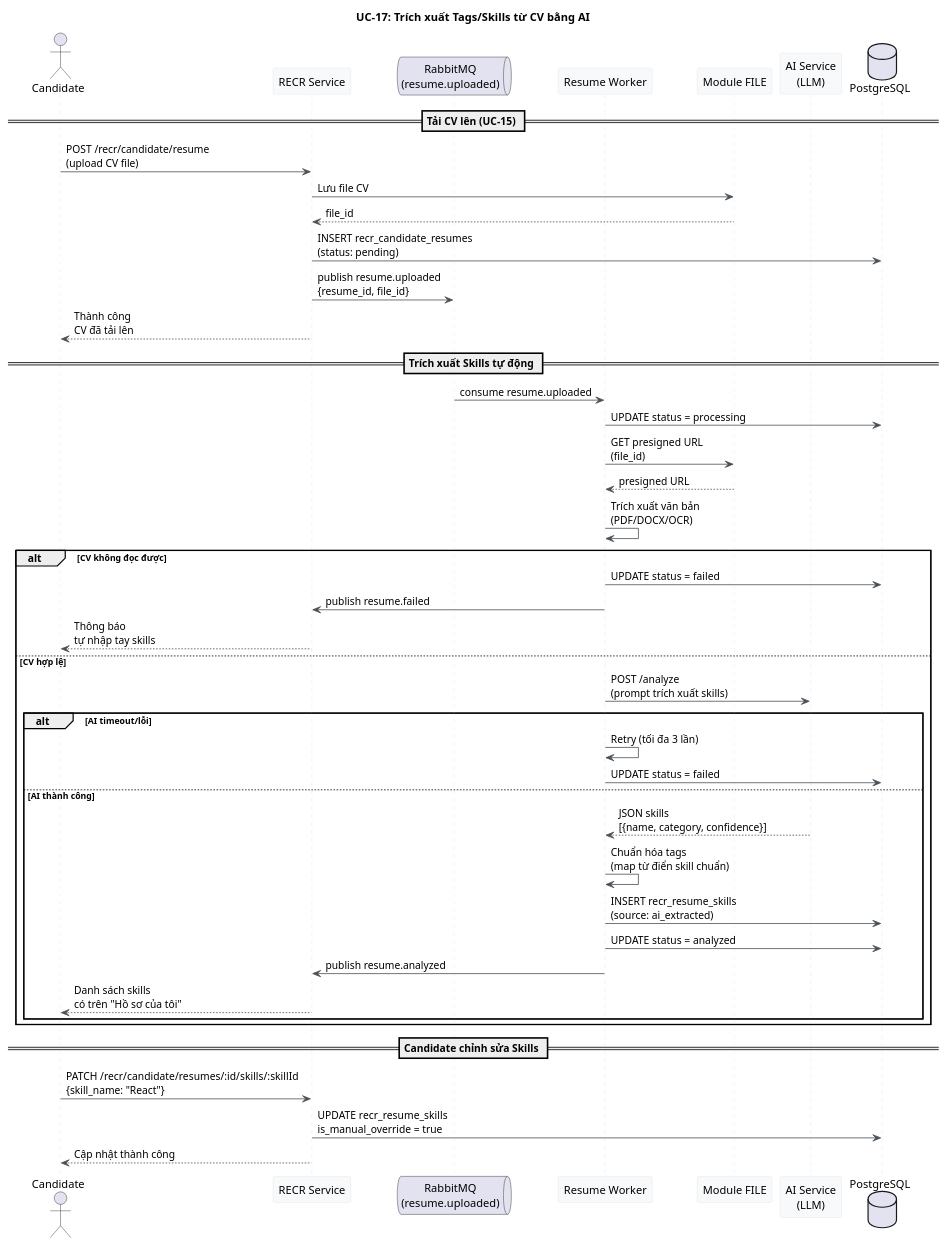
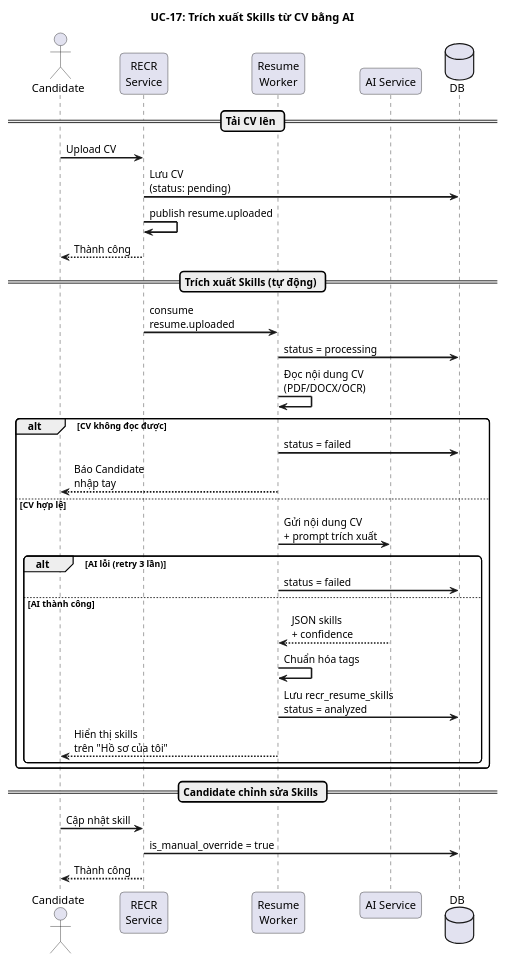
One commit to namnh240795/document changed the diagram in modules/recr/diagrams/sequence/uc17-resume-skill-extraction-sequence.puml. Above: the diagram before and after it, drawn with PlantUML. The commit also changed 1 other file, not shown here.

Commit message:
refactor(recr): simplify UC-17 sequence diagram
- Reduce participants from 7 to 5
- Simplify labels and flow
- Cleaner visual layout

```diff
--- a/modules/recr/diagrams/sequence/uc17-resume-skill-extraction-sequence.puml
+++ b/modules/recr/diagrams/sequence/uc17-resume-skill-extraction-sequence.puml
@@ -1,58 +1,48 @@
 @startuml uc17-resume-skill-extraction-sequence
-title UC-17: Trích xuất Tags/Skills từ CV bằng AI
-skinparam sequenceArrowColor #495057
-skinparam sequenceLifeLineBorderColor #dee2e6
-skinparam sequenceParticipantBackgroundColor #f8f9fa
-skinparam sequenceParticipantBorderColor #dee2e6
+title UC-17: Trích xuất Skills từ CV bằng AI
+skinparam backgroundColor white
+skinparam sequenceArrowThickness 2
+skinparam roundcorner 10
+skinparam sequenceParticipantPadding 20
 
-actor "Candidate" as Candidate
-participant "RECR Service" as RECR
-queue "RabbitMQ\n(resume.uploaded)" as MQ
-participant "Resume Worker" as Worker
-participant "Module FILE" as FILE
-participant "AI Service\n(LLM)" as AI
-database "PostgreSQL" as DB
+actor "Candidate" as C
+participant "RECR\nService" as R
+participant "Resume\nWorker" as W
+participant "AI Service" as AI
+database "DB" as DB
 
-== Tải CV lên (UC-15) ==
+== Tải CV lên ==
 
-Candidate -> RECR : POST /recr/candidate/resume\n(upload CV file)
-RECR -> FILE : Lưu file CV
-FILE --> RECR : file_id
-RECR -> DB : INSERT recr_candidate_resumes\n(status: pending)
-RECR -> MQ : publish resume.uploaded\n{resume_id, file_id}
-RECR --> Candidate : Thành công\nCV đã tải lên
+C -> R : Upload CV
+R -> DB : Lưu CV\n(status: pending)
+R -> R : publish resume.uploaded
+R --> C : Thành công
 
-== Trích xuất Skills tự động ==
+== Trích xuất Skills (tự động) ==
 
-MQ -> Worker : consume resume.uploaded
-Worker -> DB : UPDATE status = processing
-Worker -> FILE : GET presigned URL\n(file_id)
-FILE --> Worker : presigned URL
-Worker -> Worker : Trích xuất văn bản\n(PDF/DOCX/OCR)
+R -> W : consume\nresume.uploaded
+W -> DB : status = processing
+W -> W : Đọc nội dung CV\n(PDF/DOCX/OCR)
 
 alt CV không đọc được
-  Worker -> DB : UPDATE status = failed
-  Worker -> RECR : publish resume.failed
-  RECR --> Candidate : Thông báo\ntự nhập tay skills
+  W -> DB : status = failed
+  W --> C : Báo Candidate\nnhập tay
 else CV hợp lệ
-  Worker -> AI : POST /analyze\n(prompt trích xuất skills)
-  alt AI timeout/lỗi
-    Worker -> Worker : Retry (tối đa 3 lần)
-    Worker -> DB : UPDATE status = failed
+  W -> AI : Gửi nội dung CV\n+ prompt trích xuất
+  alt AI lỗi (retry 3 lần)
+    W -> DB : status = failed
   else AI thành công
-    AI --> Worker : JSON skills\n[{name, category, confidence}]
-    Worker -> Worker : Chuẩn hóa tags\n(map từ điển skill chuẩn)
-    Worker -> DB : INSERT recr_resume_skills\n(source: ai_extracted)
-    Worker -> DB : UPDATE status = analyzed
-    Worker -> RECR : publish resume.analyzed
-    RECR --> Candidate : Danh sách skills\ncó trên "Hồ sơ của tôi"
+    AI --> W : JSON skills\n+ confidence
+    W -> W : Chuẩn hóa tags
+    W -> DB : Lưu recr_resume_skills\nstatus = analyzed
+    W --> C : Hiển thị skills\ntrên "Hồ sơ của tôi"
   end
 end
 
 == Candidate chỉnh sửa Skills ==
 
-Candidate -> RECR : PATCH /recr/candidate/resumes/:id/skills/:skillId\n{skill_name: "React"}
-RECR -> DB : UPDATE recr_resume_skills\nis_manual_override = true
-RECR --> Candidate : Cập nhật thành công
+C -> R : Cập nhật skill
+R -> DB : is_manual_override = true
+R --> C : Thành công
 
 @enduml
```
